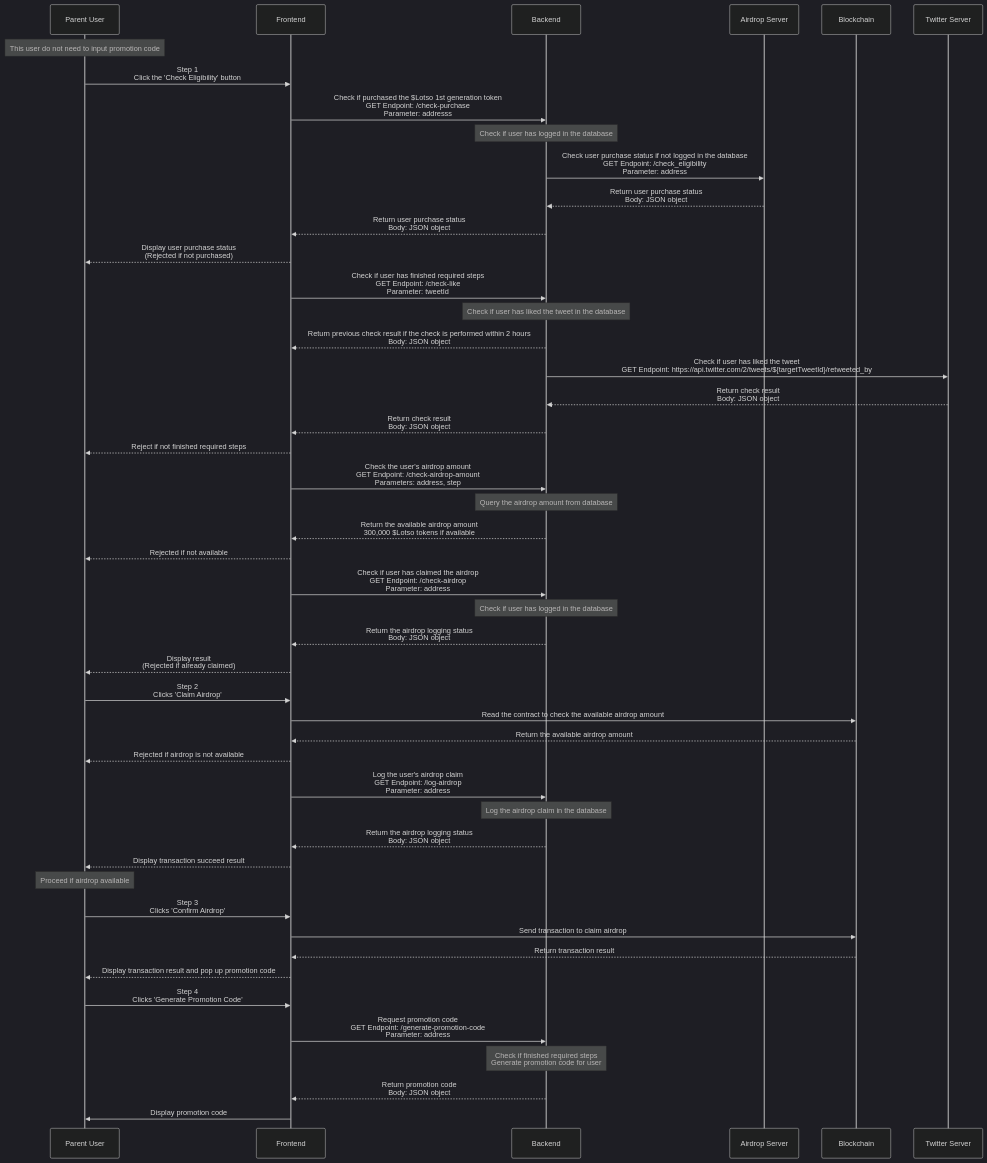
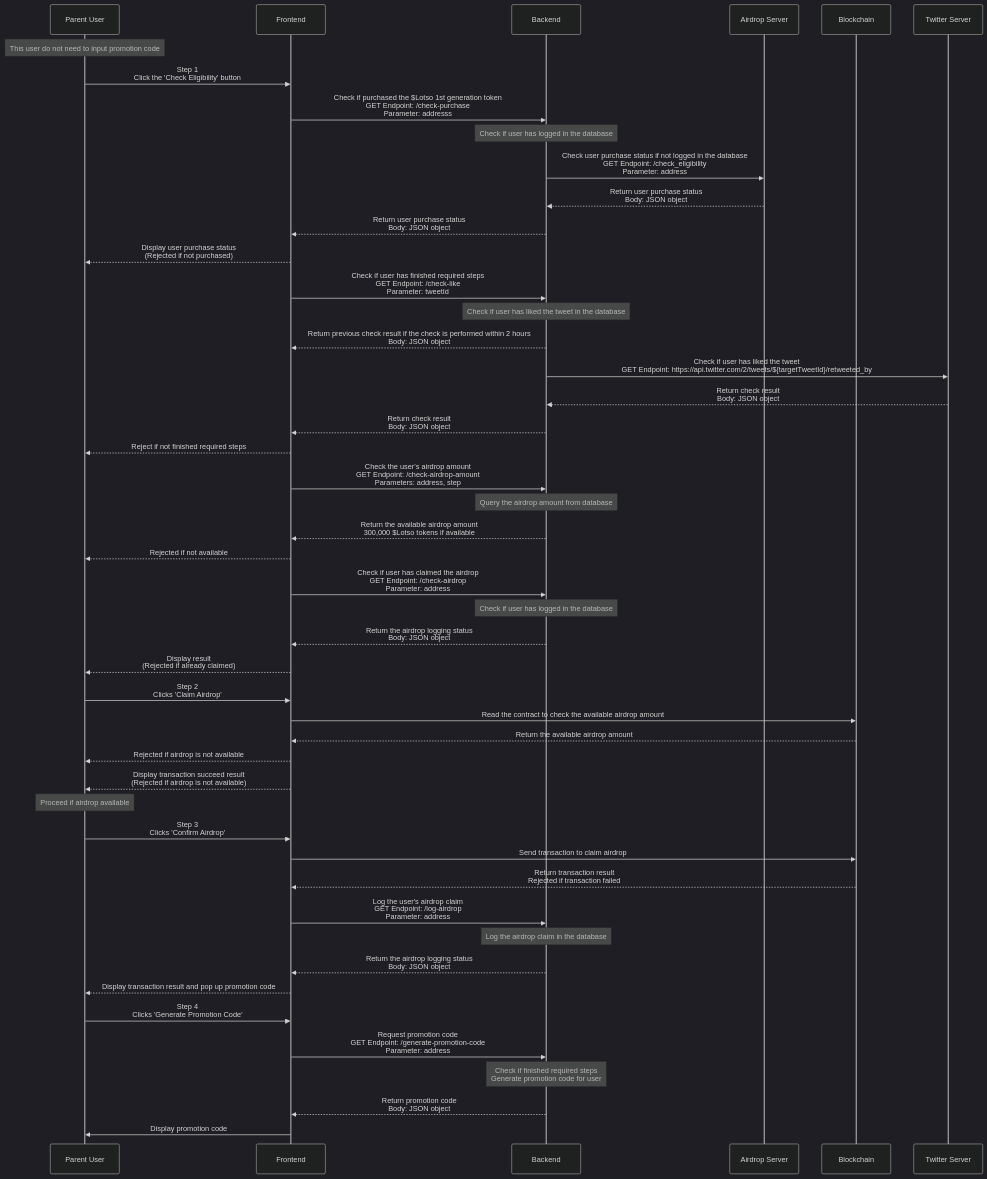
One commit to BTI-US/Lotso-Twitter-Auth changed the second of 3 diagrams in README.md. Above: the diagram before and after it, drawn with Mermaid (dark theme). The commit also changed other lines of this file, not shown here.

Commit message:
Update diagram explanation 2

````diff
--- a/README.md
+++ b/README.md
@@ -121,55 +121,55 @@
 ```mermaid
 sequenceDiagram
     participant U as Parent User
     participant F as Frontend
     participant B as Backend
     participant S as Airdrop Server
     participant BC as Blockchain
     participant T as Twitter Server
 
     note over U: This user do not need to input promotion code
 
     U->>F: Step 1 <br>Click the 'Check Eligibility' button
     F->>B: Check if purchased the $Lotso 1st generation token <br>GET Endpoint: /check-purchase <br>Parameter: addresss
     note over B: Check if user has logged in the database
     B->>S: Check user purchase status if not logged in the database <br>GET Endpoint: /check_eligibility <br>Parameter: address
     S-->>B: Return user purchase status <br>Body: JSON object
     B-->>F: Return user purchase status <br>Body: JSON object
     F-->>U: Display user purchase status <br>(Rejected if not purchased)
     F->>B: Check if user has finished required steps <br>GET Endpoint: /check-like <br>Parameter: tweetId
     note over B: Check if user has liked the tweet in the database
     B-->>F: Return previous check result if the check is performed within 2 hours <br>Body: JSON object
     B->>T: Check if user has liked the tweet <br>GET Endpoint: https://api.twitter.com/2/tweets/${targetTweetId}/retweeted_by
     T-->>B: Return check result <br>Body: JSON object
     B-->>F: Return check result <br>Body: JSON object
     F-->>U: Reject if not finished required steps
     F->>B: Check the user's airdrop amount <br>GET Endpoint: /check-airdrop-amount <br>Parameters: address, step
     note over B: Query the airdrop amount from database
     B-->>F: Return the available airdrop amount <br> 300,000 $Lotso tokens if available
     F-->>U: Rejected if not available
     F->>B: Check if user has claimed the airdrop <br>GET Endpoint: /check-airdrop <br>Parameter: address
     note over B: Check if user has logged in the database
     B-->>F: Return the airdrop logging status <br>Body: JSON object
     F-->>U: Display result <br>(Rejected if already claimed)
 
     U->>F: Step 2 <br>Clicks 'Claim Airdrop'
     F->>BC: Read the contract to check the available airdrop amount
     BC-->>F: Return the available airdrop amount
     F-->>U: Rejected if airdrop is not available
-    F->>B: Log the user's airdrop claim <br>GET Endpoint: /log-airdrop <br>Parameter: address
-    note over B: Log the airdrop claim in the database
-    B-->>F: Return the airdrop logging status <br>Body: JSON object
-    F-->>U: Display transaction succeed result
+    F-->>U: Display transaction succeed result <br>(Rejected if airdrop is not available)
     note over U: Proceed if airdrop available
 
     U->>F: Step 3 <br>Clicks 'Confirm Airdrop'
     F->>BC: Send transaction to claim airdrop
-    BC-->>F: Return transaction result
+    BC-->>F: Return transaction result <br> Rejected if transaction failed
+    F->>B: Log the user's airdrop claim <br>GET Endpoint: /log-airdrop <br>Parameter: address
+    note over B: Log the airdrop claim in the database
+    B-->>F: Return the airdrop logging status <br>Body: JSON object
     F-->>U: Display transaction result and pop up promotion code
 
     U->>F: Step 4 <br>Clicks 'Generate Promotion Code'
     F->>B: Request promotion code <br>GET Endpoint: /generate-promotion-code <br>Parameter: address
     note over B: Check if finished required steps <br>Generate promotion code for user
     B-->>F: Return promotion code <br>Body: JSON object
     F->>U: Display promotion code
 ```
````
